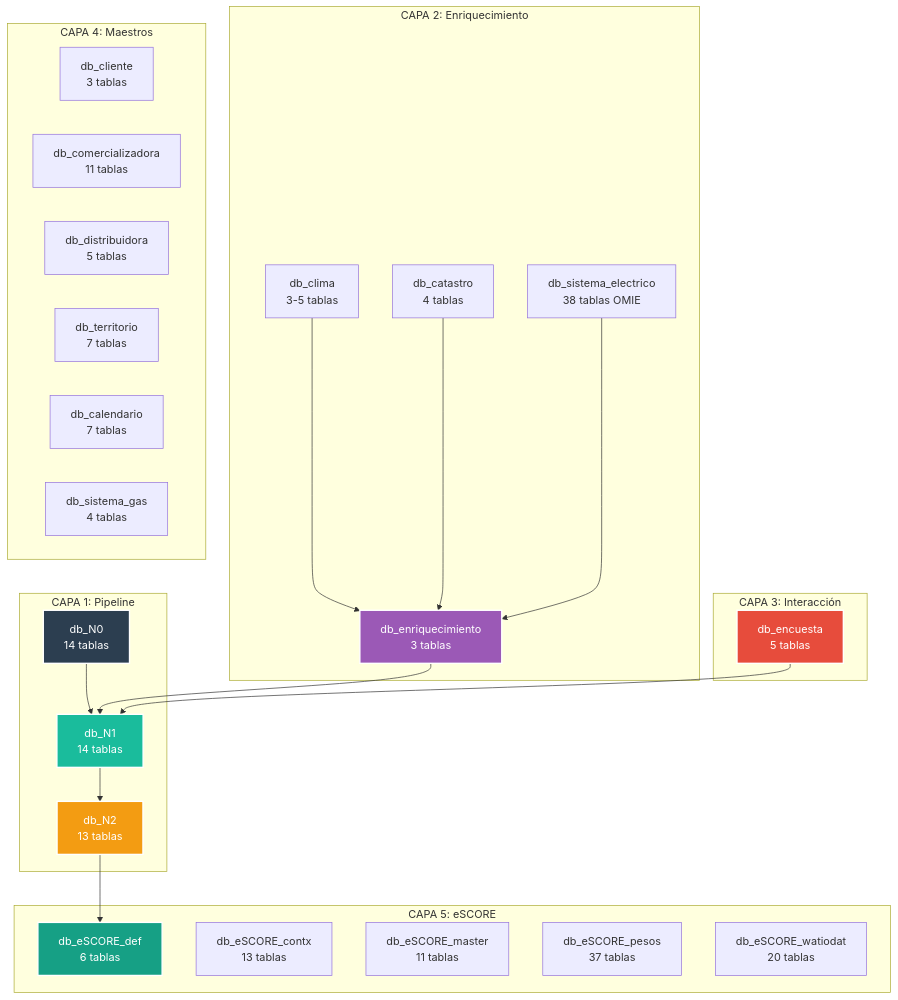
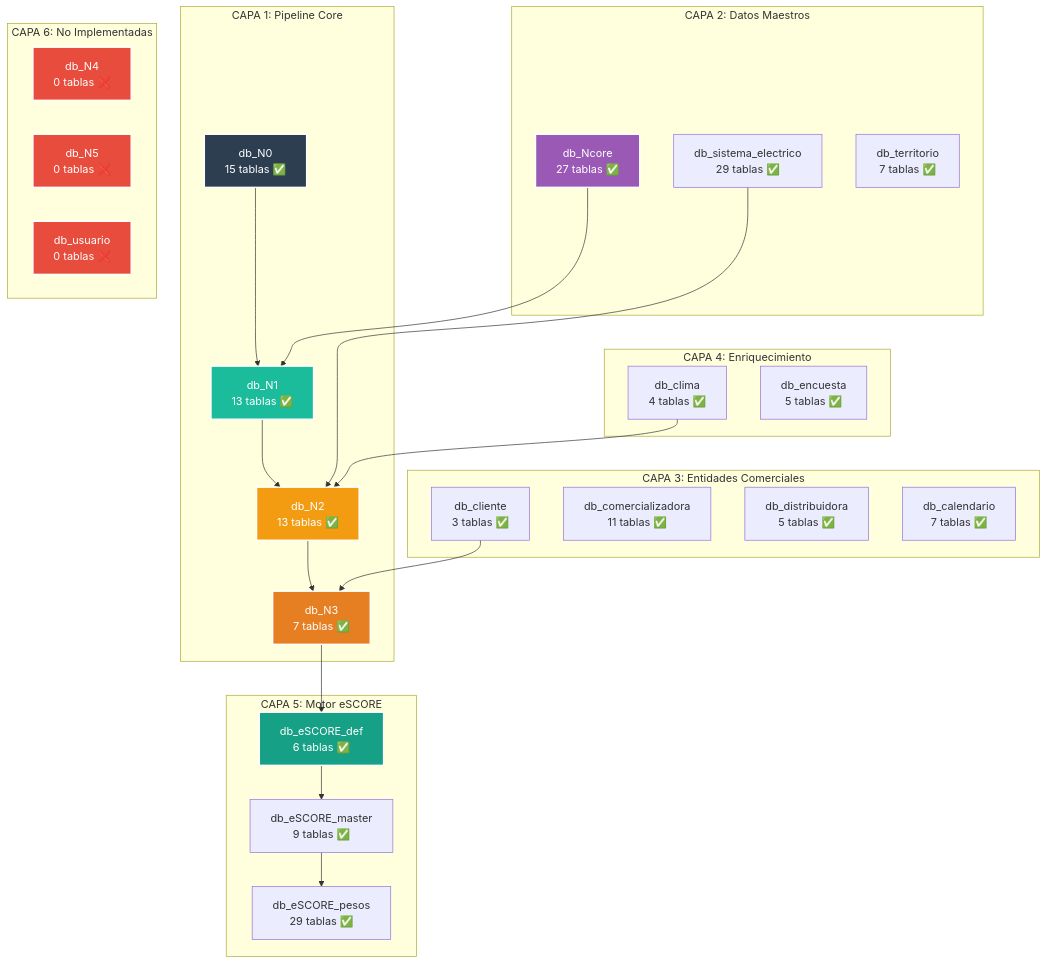
The first of 7 diagrams in docs/README_arquitectura.md (EGD2024/db-watioverse), drawn with Mermaid before and after one commit. The commit also changed other lines of this file and 3 other files, not shown here.

````diff
--- a/docs/README_arquitectura.md
+++ b/docs/README_arquitectura.md
@@ -32,45 +33,56 @@
 ```mermaid
 graph TD
-    subgraph "CAPA 1: Pipeline"
-        A[db_N0<br/>14 tablas] --> B[db_N1<br/>14 tablas]
-        B --> C[db_N2<br/>13 tablas]
+    subgraph "CAPA 1: Pipeline Core"
+        A[db_N0<br/>15 tablas ✅] --> B[db_N1<br/>13 tablas ✅]
+        B --> C[db_N2<br/>13 tablas ✅]
+        C --> D[db_N3<br/>7 tablas ✅]
     end
     
-    subgraph "CAPA 2: Enriquecimiento"
-        D[db_clima<br/>3-5 tablas] --> G[db_enriquecimiento<br/>3 tablas]
-        E[db_catastro<br/>4 tablas] --> G
-        F[db_sistema_electrico<br/>38 tablas OMIE] --> G
+    subgraph "CAPA 2: Datos Maestros"
+        E[db_Ncore<br/>27 tablas ✅]
+        F[db_sistema_electrico<br/>29 tablas ✅]
+        G[db_territorio<br/>7 tablas ✅]
     end
     
-    subgraph "CAPA 3: Interacción"
-        H[db_encuesta<br/>5 tablas]
+    subgraph "CAPA 3: Entidades Comerciales"
+        H[db_cliente<br/>3 tablas ✅]
+        I[db_comercializadora<br/>11 tablas ✅]
+        J[db_distribuidora<br/>5 tablas ✅]
+        K[db_calendario<br/>7 tablas ✅]
     end
     
-    subgraph "CAPA 4: Maestros"
-        I[db_cliente<br/>3 tablas]
-        J[db_comercializadora<br/>11 tablas]
-        K[db_distribuidora<br/>5 tablas]
-        L[db_territorio<br/>7 tablas]
-        M[db_calendario<br/>7 tablas]
-        N[db_sistema_gas<br/>4 tablas]
+    subgraph "CAPA 4: Enriquecimiento"
+        L[db_clima<br/>4 tablas ✅]
+        M[db_encuesta<br/>5 tablas ✅]
     end
     
-    subgraph "CAPA 5: eSCORE"
-        O[db_eSCORE_def<br/>6 tablas]
-        P[db_eSCORE_contx<br/>13 tablas]
-        Q[db_eSCORE_master<br/>11 tablas]
-        R[db_eSCORE_pesos<br/>37 tablas]
-        S[db_eSCORE_watiodat<br/>20 tablas]
+    subgraph "CAPA 5: Motor eSCORE"
+        N[db_eSCORE_def<br/>6 tablas ✅]
+        O[db_eSCORE_master<br/>9 tablas ✅]
+        P[db_eSCORE_pesos<br/>29 tablas ✅]
     end
     
-    G --> B
-    H --> B
-    C --> O
+    subgraph "CAPA 6: No Implementadas"
+        Q[db_N4<br/>0 tablas ❌]
+        R[db_N5<br/>0 tablas ❌]
+        S[db_usuario<br/>0 tablas ❌]
+    end
+    
+    E --> B
+    F --> C
+    L --> C
+    H --> D
+    D --> N
+    N --> O
+    O --> P
     
     style A fill:#2C3E50,stroke:#ffffff,stroke-width:2px,color:#ffffff
     style B fill:#1ABC9C,stroke:#ffffff,stroke-width:2px,color:#ffffff
     style C fill:#F39C12,stroke:#ffffff,stroke-width:2px,color:#ffffff
-    style G fill:#9B59B6,stroke:#ffffff,stroke-width:2px,color:#ffffff
-    style H fill:#E74C3C,stroke:#ffffff,stroke-width:2px,color:#ffffff
-    style O fill:#16A085,stroke:#ffffff,stroke-width:2px,color:#ffffff
+    style D fill:#E67E22,stroke:#ffffff,stroke-width:2px,color:#ffffff
+    style E fill:#9B59B6,stroke:#ffffff,stroke-width:2px,color:#ffffff
+    style N fill:#16A085,stroke:#ffffff,stroke-width:2px,color:#ffffff
+    style Q fill:#E74C3C,stroke:#ffffff,stroke-width:2px,color:#ffffff
+    style R fill:#E74C3C,stroke:#ffffff,stroke-width:2px,color:#ffffff
+    style S fill:#E74C3C,stroke:#ffffff,stroke-width:2px,color:#ffffff
 ```
````
